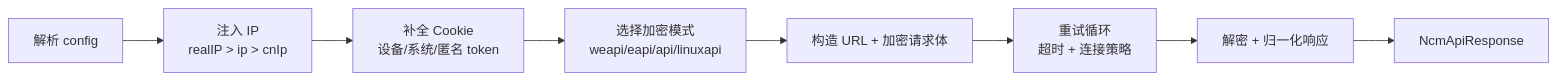
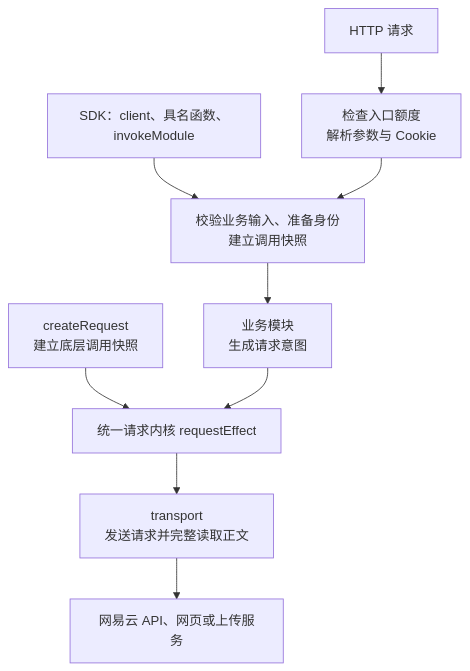
The first of 5 diagrams in docs/guide/request-layer-overview.md (nonhana/hana-music-api), drawn with Mermaid before and after one commit. The commit also changed other lines of this file and 1275 other files, not shown here.

````diff
--- a/docs/guide/request-layer-overview.md
+++ b/docs/guide/request-layer-overview.md
@@ -31,10 +11,11 @@
 ```mermaid
-flowchart LR
-  A["解析 config"] --> B["注入 IP<br/>realIP > ip > cnIp"]
-  B --> C["补全 Cookie<br/>设备/系统/匿名 token"]
-  C --> D["选择加密模式<br/>weapi/eapi/api/linuxapi"]
-  D --> E["构造 URL + 加密请求体"]
-  E --> F["重试循环<br/>超时 + 连接策略"]
-  F --> G["解密 + 归一化响应"]
-  G --> H["NcmApiResponse"]
+flowchart TD
+  SDK["SDK：client、具名函数、invokeModule"] --> CALL["校验业务输入、准备身份<br/>建立调用快照"]
+  HTTP["HTTP 请求"] --> EDGE["检查入口额度<br/>解析参数与 Cookie"]
+  EDGE --> CALL
+  CALL --> MODULE["业务模块<br/>生成请求意图"]
+  DIRECT["createRequest<br/>建立底层调用快照"] --> CORE["统一请求内核 requestEffect"]
+  MODULE --> CORE
+  CORE --> TRANSPORT["transport<br/>发送请求并完整读取正文"]
+  TRANSPORT --> UPSTREAM["网易云 API、网页或上传服务"]
 ```
````
